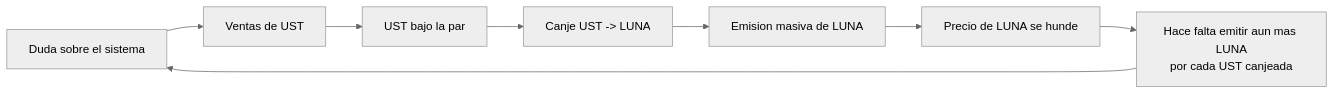
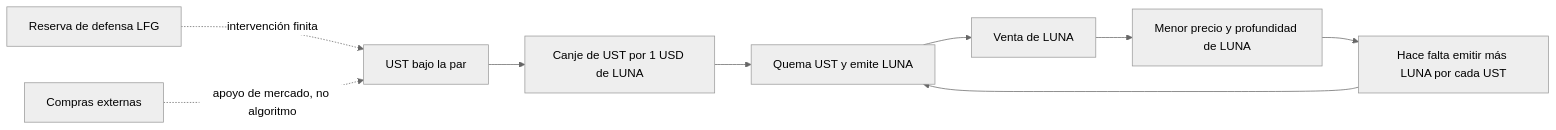
One commit to vladimiracunadev-create/blockchain-learning-path changed the diagram in docs/casos-reales/terra-ust.md. Above: the diagram before and after it, drawn with Mermaid (neutral theme). The commit also changed other lines of this file and 11 other files, not shown here.

````diff
--- a/docs/casos-reales/terra-ust.md
+++ b/docs/casos-reales/terra-ust.md
@@ -30,10 +39,11 @@
 ```mermaid
 flowchart LR
-    D["Duda sobre el sistema"] --> V["Ventas de UST"]
-    V --> P["UST bajo la par"]
-    P --> C["Canje UST -> LUNA"]
-    C --> E["Emision masiva de LUNA"]
-    E --> B["Precio de LUNA se hunde"]
-    B --> M["Hace falta emitir aun mas LUNA<br>por cada UST canjeada"]
-    M --> D
+    U[UST bajo la par] --> C[Canje de UST por 1 USD de LUNA]
+    C --> Q[Quema UST y emite LUNA]
+    Q --> V[Venta de LUNA]
+    V --> P[Menor precio y profundidad de LUNA]
+    P --> M[Hace falta emitir más LUNA por cada UST]
+    M --> Q
+    D[Reserva de defensa LFG] -. intervención finita .-> U
+    E[Compras externas] -. apoyo de mercado, no algoritmo .-> U
 ```
````
